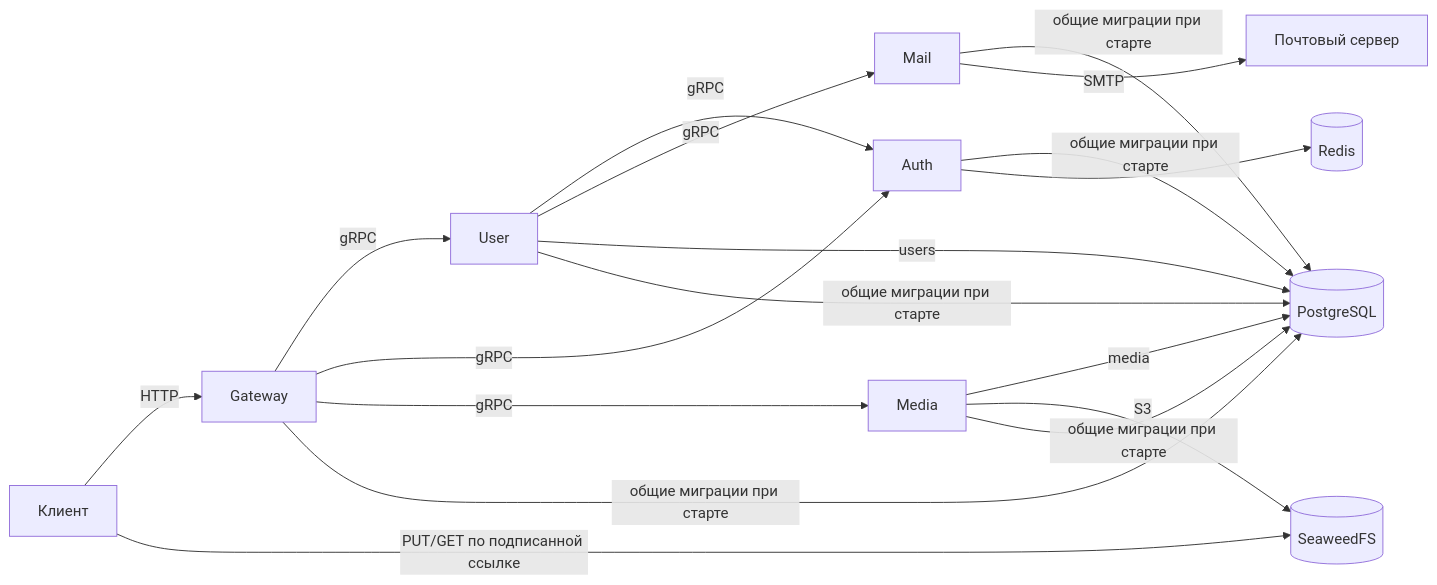
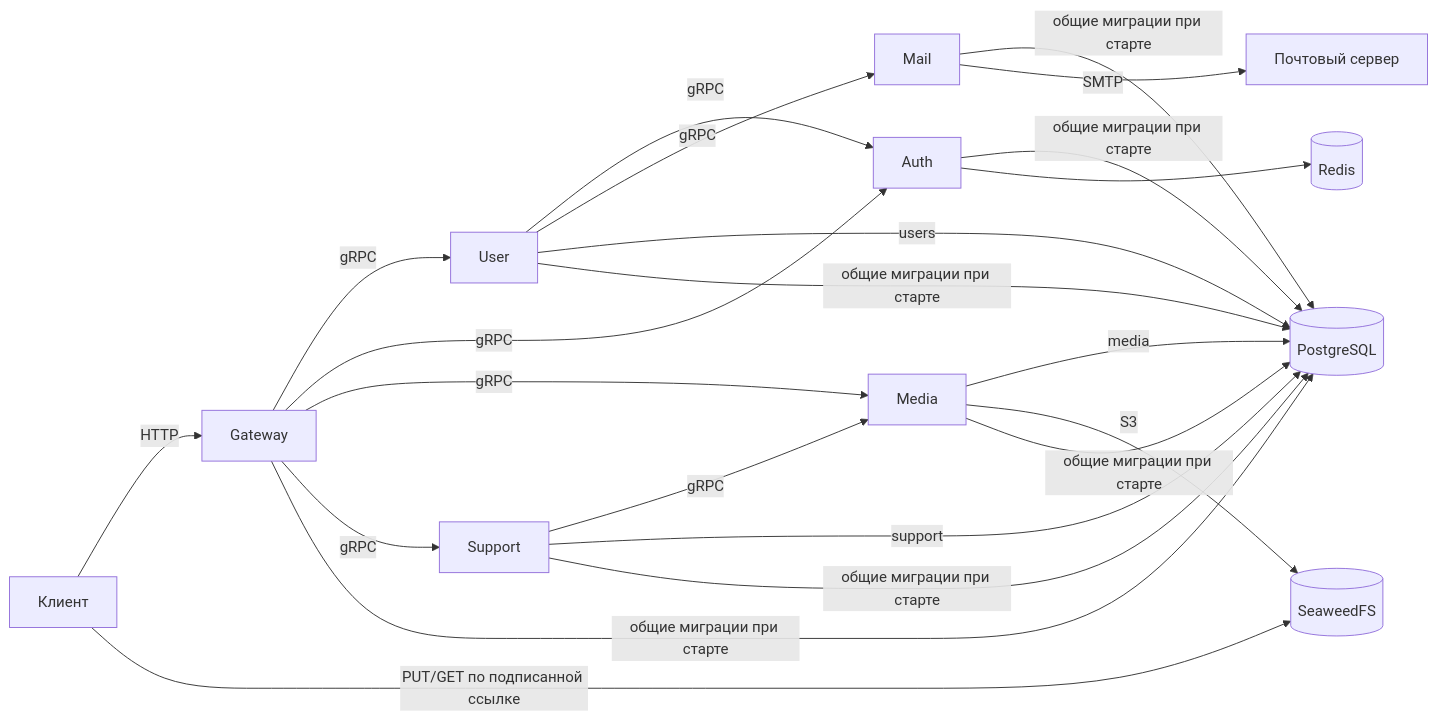
Before and after one commit to HSE-Scientists-Team/matchlab-backend: the second of 2 diagrams in README.md, drawn with Mermaid. The commit also changed other lines of this file and 37 other files, not shown here.

````diff
--- a/README.md
+++ b/README.md
@@ -46,16 +47,19 @@
 ```mermaid
 flowchart LR
     Client[Клиент] -->|HTTP| Gateway
     Gateway -->|gRPC| User
     Gateway -->|gRPC| Auth
     User -->|gRPC| Auth
     User -->|gRPC| Mail
     User -->|users| PostgreSQL[(PostgreSQL)]
     Media -->|media| PostgreSQL
     Gateway -->|gRPC| Media
     Media -->|S3| SeaweedFS[(SeaweedFS)]
     Client -->|PUT/GET по подписанной ссылке| SeaweedFS
-    Gateway & Auth & User & Mail & Media -->|общие миграции при старте| PostgreSQL
+    Gateway -->|gRPC| Support
+    Support -->|gRPC| Media
+    Support -->|support| PostgreSQL
+    Gateway & Auth & User & Mail & Media & Support -->|общие миграции при старте| PostgreSQL
     Auth --> Redis[(Redis)]
     Mail -->|SMTP| SMTP[Почтовый сервер]
 ```
````
